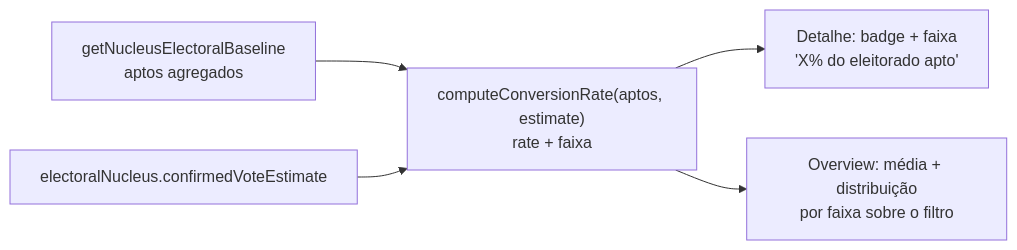
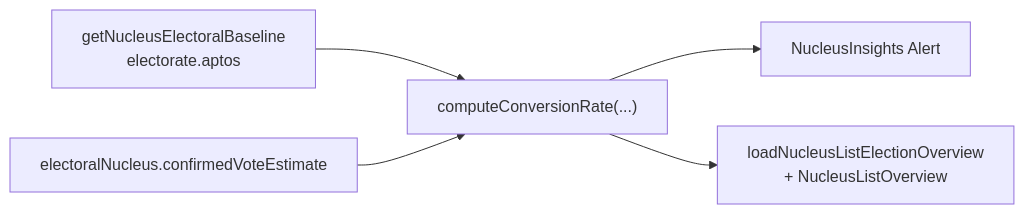
Before and after one commit to fsolla/teqo: the diagram in docs/plans/insight-taxa-conversao.md, drawn with Mermaid. The commit also changed other lines of this file and 13 other files, not shown here.

First line of the commit message:
Deliver A5 slice 1 conversion-rate insight and absorb review debts.

````diff
--- a/docs/plans/insight-taxa-conversao.md
+++ b/docs/plans/insight-taxa-conversao.md
@@ -37,12 +41,12 @@
 ```mermaid
 flowchart LR
-    Base["getNucleusElectoralBaseline<br/>aptos agregados"]
+    Base["getNucleusElectoralBaseline<br/>electorate.aptos"]
     Est["electoralNucleus.confirmedVoteEstimate"]
-    Calc["computeConversionRate(aptos, estimate)<br/>rate + faixa"]
-    Detail["Detalhe: badge + faixa<br/>'X% do eleitorado apto'"]
-    Overview["Overview: média + distribuição<br/>por faixa sobre o filtro"]
+    Calc["computeConversionRate(...)"]
+    Detail["NucleusInsights Alert"]
+    Overview["loadNucleusListElectionOverview<br/>+ NucleusListOverview"]
     Base --> Calc
     Est --> Calc
     Calc --> Detail
     Calc --> Overview
 ```
````
